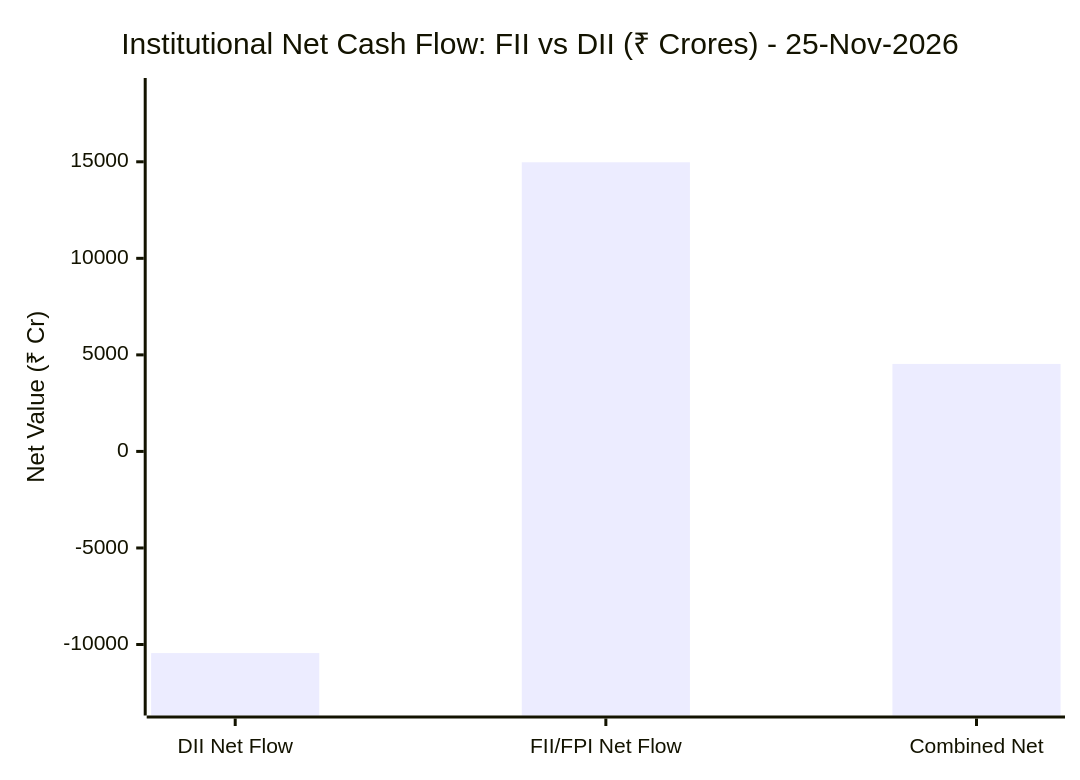
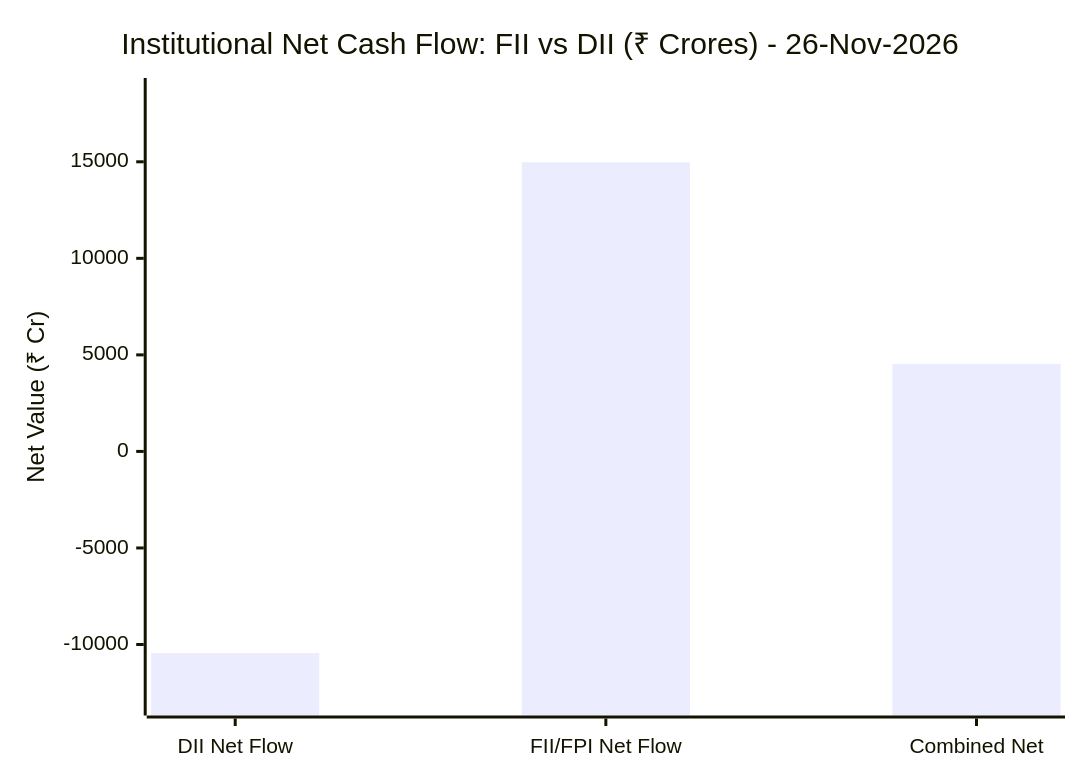
One commit to purnareddy9/dev changed the diagram in market-intelligence/README.md. Above: the diagram before and after it, drawn with Mermaid. The commit also changed other lines of this file and 4 other files, not shown here.

````diff
--- a/market-intelligence/README.md
+++ b/market-intelligence/README.md
@@ -65,7 +65,7 @@
 ```mermaid
 xychart-beta
-    title "Institutional Net Cash Flow: FII vs DII (₹ Crores) - 25-Nov-2026"
+    title "Institutional Net Cash Flow: FII vs DII (₹ Crores) - 26-Nov-2026"
     x-axis ["DII Net Flow", "FII/FPI Net Flow", "Combined Net"]
     y-axis "Net Value (₹ Cr)" -13055 --> 18718
     bar [-10444.54, 14974.68, 4530.14]
 ```
````
